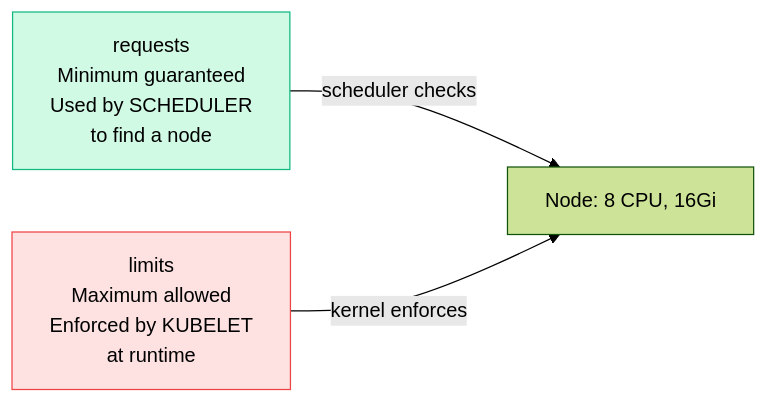
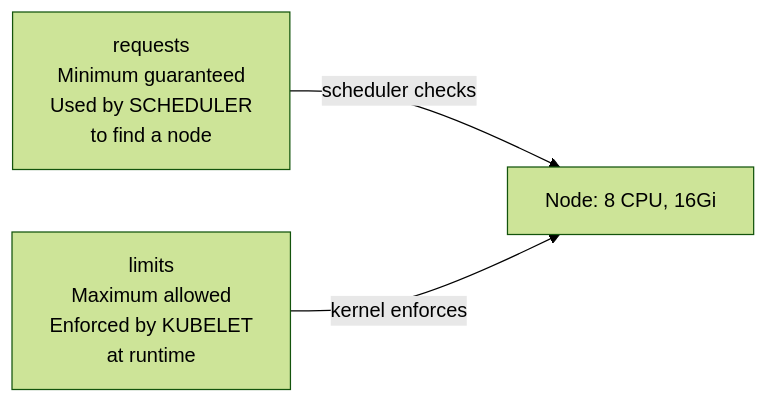
Before and after one commit to Gautam4424/k8slearn-content: the first of 2 diagrams in content/cka/05-scheduling-where-pods-land/54-resource-requests-limits-qos/54-resource-requests-limits-qos.md, drawn with Mermaid (forest theme). The commit also changed other lines of this file and 40 other files, not shown here.

Commit message:
chore: fix mermaid style regex

````diff
--- a/content/cka/05-scheduling-where-pods-land/54-resource-requests-limits-qos/54-resource-requests-limits-qos.md
+++ b/content/cka/05-scheduling-where-pods-land/54-resource-requests-limits-qos/54-resource-requests-limits-qos.md
@@ -21,10 +21,8 @@
 ```mermaid
 flowchart LR
     REQ["requests\nMinimum guaranteed\nUsed by SCHEDULER\nto find a node"]
     LIM["limits\nMaximum allowed\nEnforced by KUBELET\nat runtime"]
     NODE["Node: 8 CPU, 16Gi"]
     REQ -->|scheduler checks| NODE
     LIM -->|kernel enforces| NODE
-    style REQ fill:#d1fae5,stroke:#10b981
-    style LIM fill:#fee2e2,stroke:#ef4444
 ```
````
